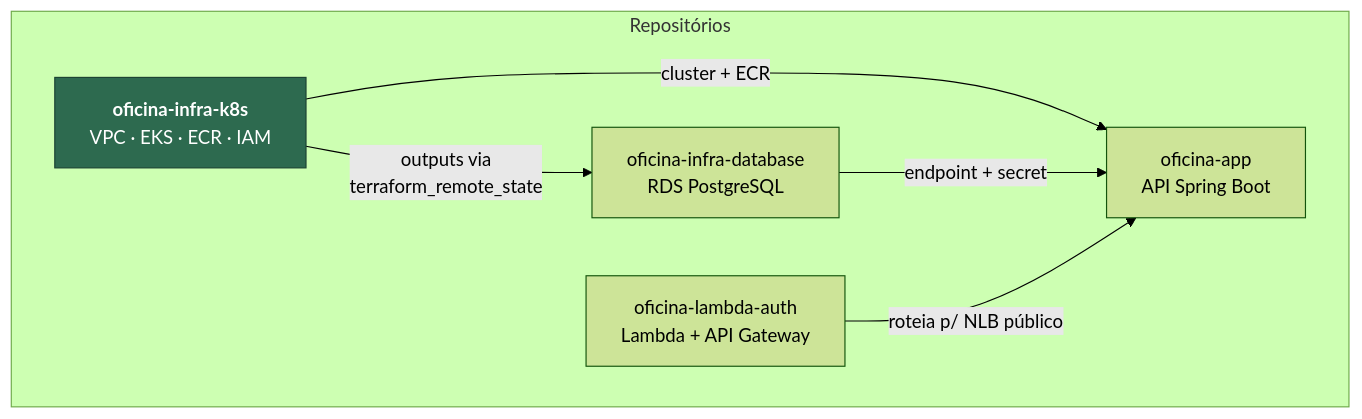
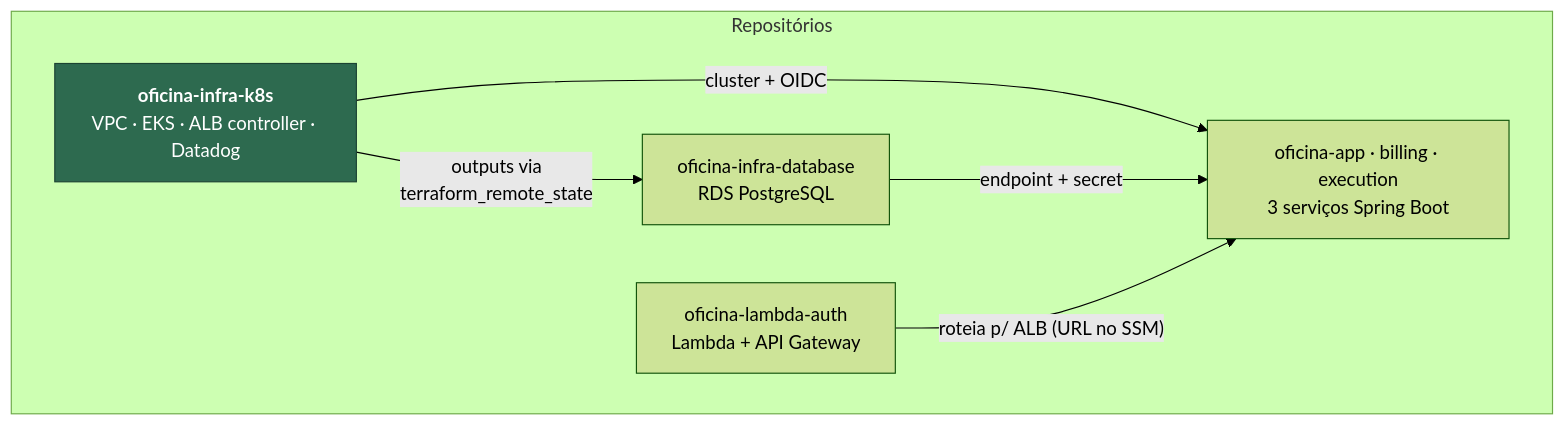
The diagram in README.md (soat13-oficina/oficina-infra-k8s), drawn with Mermaid (forest theme) before and after one commit. The commit also changed other lines of this file and 10 other files, not shown here.

First line of the commit message:
feat: AWS Load Balancer Controller, monitores por servico e saida do ECR/SES

````diff
--- a/README.md
+++ b/README.md
@@ -14,16 +16,16 @@
 ```mermaid
 flowchart TB
     subgraph repos["Repositórios"]
         R1["oficina-lambda-auth<br/>Lambda + API Gateway"]
-        R2["<b>oficina-infra-k8s</b><br/>VPC · EKS · ECR · IAM"]
+        R2["<b>oficina-infra-k8s</b><br/>VPC · EKS · ALB controller · Datadog"]
         R3["oficina-infra-database<br/>RDS PostgreSQL"]
-        R4["oficina-app<br/>API Spring Boot"]
+        R4["oficina-app · billing · execution<br/>3 serviços Spring Boot"]
     end
 
     R2 -->|"outputs via<br/>terraform_remote_state"| R3
-    R2 -->|"cluster + ECR"| R4
+    R2 -->|"cluster + OIDC"| R4
     R3 -->|"endpoint + secret"| R4
-    R1 -->|"roteia p/ NLB público"| R4
+    R1 -->|"roteia p/ ALB (URL no SSM)"| R4
 
     style R2 fill:#2d6a4f,color:#fff,stroke:#1b4332
 ```
````
